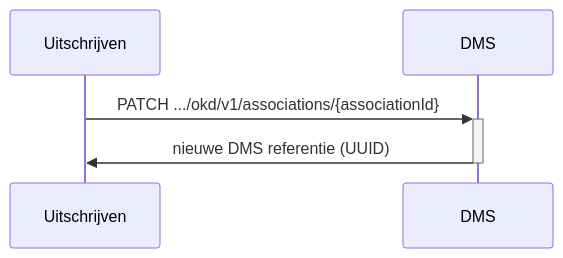
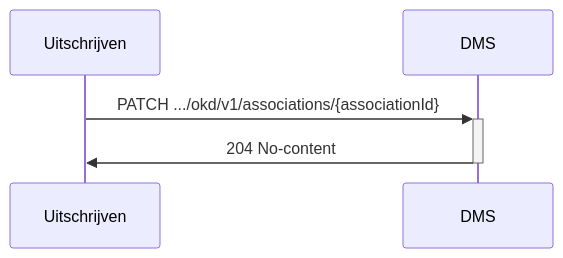
One commit to Onderwijs-Koppelingen-OKx/OKD-Document-Management changed the first of 2 diagrams in doc/flow-5.md. Above: the diagram before and after it, drawn with Mermaid. The commit also changed other lines of this file, not shown here.

Commit message:
Change response to 204 and change state to finished

````diff
--- a/doc/flow-5.md
+++ b/doc/flow-5.md
@@ -9,10 +9,10 @@
 ```mermaid
 sequenceDiagram
     Participant Uitschrijven
     Participant DMS
 
     Uitschrijven->>+DMS: PATCH .../okd/v1/associations/{associationId}
 
-    DMS->>-Uitschrijven: nieuwe DMS referentie (UUID)
+    DMS->>-Uitschrijven: 204 No-content
 
 ```
````
